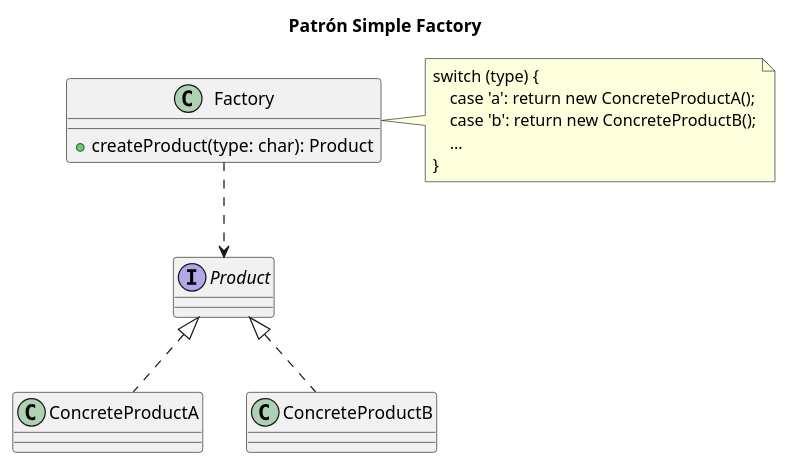
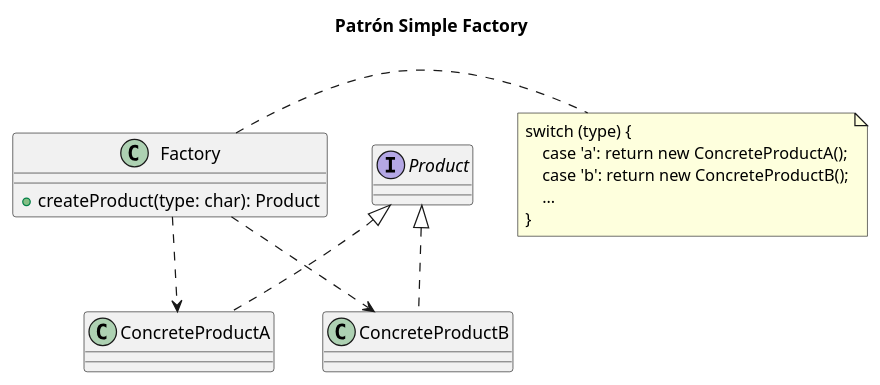
One commit to OverCV/PatronesSoftware changed the diagram in .partials/factory/simple/patron.plantuml. Above: the diagram before and after it, drawn with PlantUML. The commit also changed 18 other files, not shown here.

```diff
--- a/.partials/factory/simple/patron.plantuml
+++ b/.partials/factory/simple/patron.plantuml
@@ -1,30 +1,31 @@
 @startuml patroncito
 title Patrón Simple Factory
 
 interface Product {
 }
 
 class ConcreteProductA {
 }
 
 class ConcreteProductB {
 }
 
 Product <|.. ConcreteProductA
 Product <|.. ConcreteProductB
 
 class Factory {
     + createProduct(type: char): Product
 }
 
-Factory ..> Product
+Factory ..> ConcreteProductA
+Factory ..> ConcreteProductB
 
 note right of Factory
     switch (type) {
         case 'a': return new ConcreteProductA();
         case 'b': return new ConcreteProductB();
         ...
     }
 end note
 
 @enduml
```
